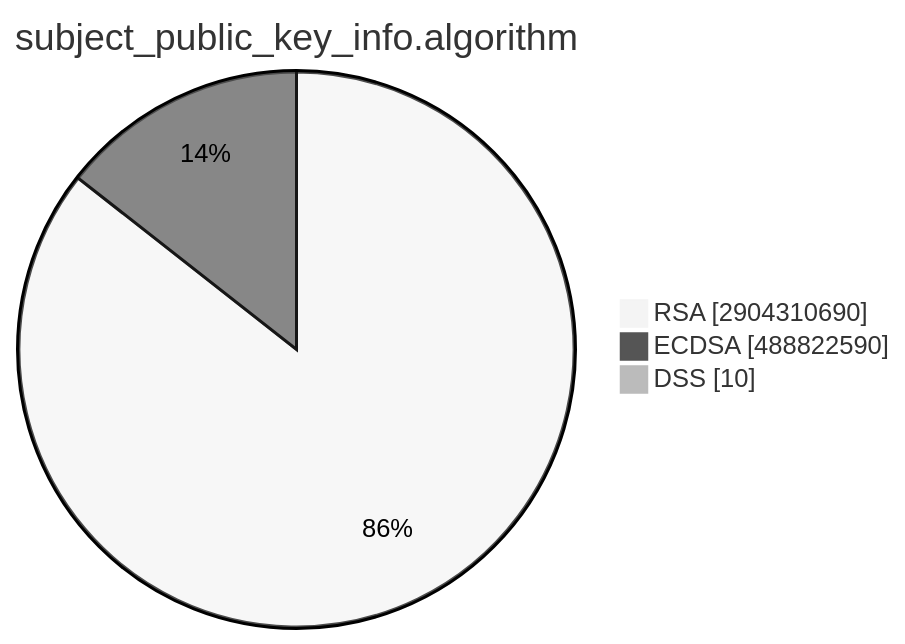
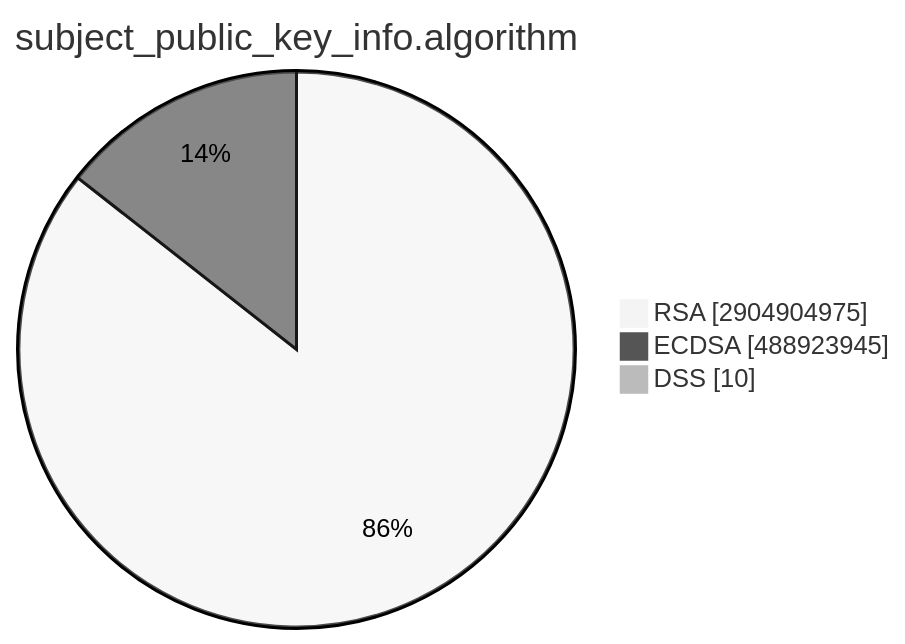
The second of 15 diagrams in TOTAL/README.md (christiankrug/ctmonitor_visualization), drawn with Mermaid (neutral theme) before and after one commit. The commit also changed other lines of this file, not shown here.

````diff
--- a/TOTAL/README.md
+++ b/TOTAL/README.md
@@ -6,7 +6,7 @@
 ```mermaid
 pie showData
 title subject_public_key_info.algorithm
-"RSA" :2904310690
-"ECDSA" :488822590
+"RSA" :2904904975
+"ECDSA" :488923945
 "DSS" :10
 ```
````
